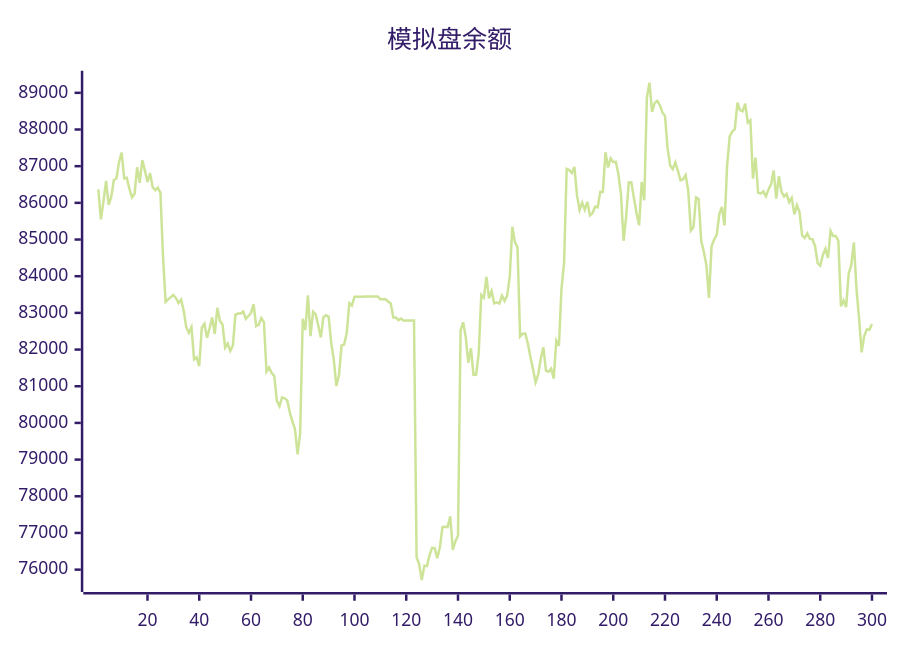
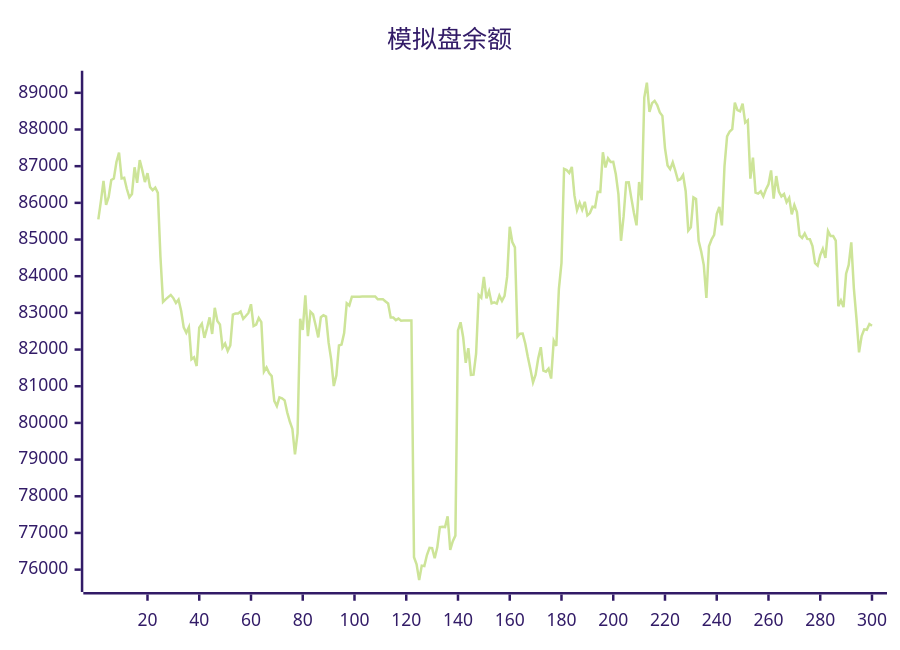
The diagram in README.md (aahl/ai-trading), drawn with Mermaid (forest theme) before and after one commit. The commit also changed other lines of this file and 1 other file, not shown here.

````diff
--- a/README.md
+++ b/README.md
@@ -5,5 +5,5 @@
 ```mermaid
 xychart
     title "模拟盘余额"
-    line [86370,85548,86046,86599,85942,86161,86622,86664,87115,87369,86666,86685,86384,86152,86243,86969,86548,87164,86885,86566,86809,86427,86348,86417,86273,84538,83299,83369,83430,83490,83404,83270,83362,83056,82605,82459,82614,81734,81788,81551,82598,82702,82320,82580,82878,82426,83139,82778,82686,82056,82166,81963,82110,82951,82983,82984,83038,82838,82915,82998,83235,82642,82682,82858,82746,81396,81512,81362,81277,80600,80461,80699,80673,80616,80288,80038,79836,79142,79722,82837,82533,83480,82366,83032,82960,82654,82330,82883,82934,82901,82188,81728,81005,81298,82110,82135,82449,83264,83203,83440,83439,83440,83440,83446,83447,83448,83447,83448,83449,83369,83369,83369,83313,83256,82872,82873,82801,82844,82785,82791,82791,82793,82794,76339,76145,75714,76110,76096,76397,76594,76585,76310,76607,77160,77170,77160,77456,76541,76774,76927,82520,82744,82337,81639,82040,81307,81314,81887,83490,83414,83984,83396,83594,83261,83287,83253,83470,83327,83465,83987,85348,84930,84786,82355,82433,82438,82167,81795,81466,81105,81315,81756,82064,81426,81398,81481,81210,82242,82099,83658,84359,86925,86892,86814,86980,86203,85802,86003,85811,86028,85657,85721,85896,85880,86300,86299,87378,86965,87214,87115,87118,86780,86238,84966,85623,86555,86562,86129,85722,85387,86569,86070,88870,89278,88477,88720,88781,88668,88467,88372,87493,87018,86917,87102,86870,86613,86644,86758,86317,85242,85334,86149,86106,84968,84671,84302,83410,84816,85001,85127,85693,85891,85384,87001,87811,87945,88007,88734,88528,88495,88705,88189,88248,86662,87234,86279,86251,86314,86177,86364,86503,86886,86114,86731,86310,86176,86240,86017,86136,85685,85938,85749,85111,85044,85164,85016,85008,84824,84354,84287,84572,84745,84500,85234,85096,85095,84970,83180,83338,83157,84070,84309,84922,83667,82850,81924,82369,82552,82539,82695]
+    line [85548,86046,86599,85942,86161,86622,86664,87115,87369,86666,86685,86384,86152,86243,86969,86548,87164,86885,86566,86809,86427,86348,86417,86273,84538,83299,83369,83430,83490,83404,83270,83362,83056,82605,82459,82614,81734,81788,81551,82598,82702,82320,82580,82878,82426,83139,82778,82686,82056,82166,81963,82110,82951,82983,82984,83038,82838,82915,82998,83235,82642,82682,82858,82746,81396,81512,81362,81277,80600,80461,80699,80673,80616,80288,80038,79836,79142,79722,82837,82533,83480,82366,83032,82960,82654,82330,82883,82934,82901,82188,81728,81005,81298,82110,82135,82449,83264,83203,83440,83439,83440,83440,83446,83447,83448,83447,83448,83449,83369,83369,83369,83313,83256,82872,82873,82801,82844,82785,82791,82791,82793,82794,76339,76145,75714,76110,76096,76397,76594,76585,76310,76607,77160,77170,77160,77456,76541,76774,76927,82520,82744,82337,81639,82040,81307,81314,81887,83490,83414,83984,83396,83594,83261,83287,83253,83470,83327,83465,83987,85348,84930,84786,82355,82433,82438,82167,81795,81466,81105,81315,81756,82064,81426,81398,81481,81210,82242,82099,83658,84359,86925,86892,86814,86980,86203,85802,86003,85811,86028,85657,85721,85896,85880,86300,86299,87378,86965,87214,87115,87118,86780,86238,84966,85623,86555,86562,86129,85722,85387,86569,86070,88870,89278,88477,88720,88781,88668,88467,88372,87493,87018,86917,87102,86870,86613,86644,86758,86317,85242,85334,86149,86106,84968,84671,84302,83410,84816,85001,85127,85693,85891,85384,87001,87811,87945,88007,88734,88528,88495,88705,88189,88248,86662,87234,86279,86251,86314,86177,86364,86503,86886,86114,86731,86310,86176,86240,86017,86136,85685,85938,85749,85111,85044,85164,85016,85008,84824,84354,84287,84572,84745,84500,85234,85096,85095,84970,83180,83338,83157,84070,84309,84922,83667,82850,81924,82369,82552,82539,82695,82648]
 ```
````
